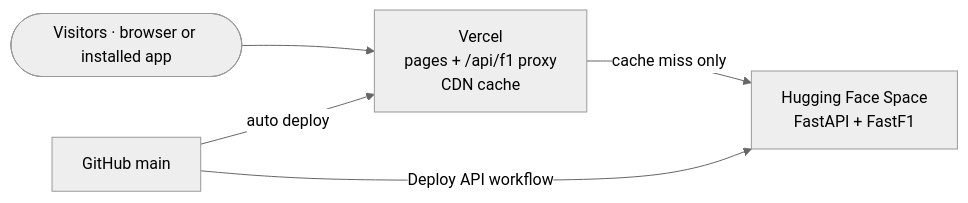
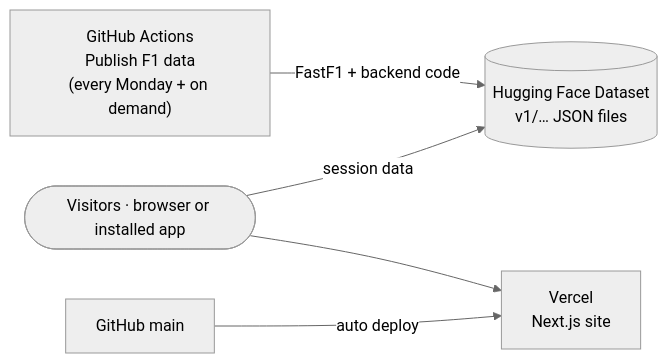
One commit to ultron513/F1-Telemetry-Dashboard-2025 changed the diagram in docs/DEPLOY.md. Above: the diagram before and after it, drawn with Mermaid (neutral theme). The commit also changed other lines of this file and 14 other files, not shown here.

First line of the commit message:
Add free static deployment: pre-computed data on a Hugging Face Dataset

````diff
--- a/docs/DEPLOY.md
+++ b/docs/DEPLOY.md
@@ -10,7 +11,7 @@
 ```mermaid
 flowchart LR
-    U([Visitors · browser or installed app]) --> V["Vercel<br/>pages + /api/f1 proxy<br/>CDN cache"]
-    V -->|"cache miss only"| H["Hugging Face Space<br/>FastAPI + FastF1"]
+    GA["GitHub Actions<br/>Publish F1 data<br/>(every Monday + on demand)"] -->|"FastF1 + backend code"| D[("Hugging Face Dataset<br/>v1/… JSON files")]
+    U([Visitors · browser or installed app]) --> V["Vercel<br/>Next.js site"]
+    U -->|"session data"| D
     GH["GitHub main"] -->|"auto deploy"| V
-    GH -->|"Deploy API workflow"| H
 ```
````
